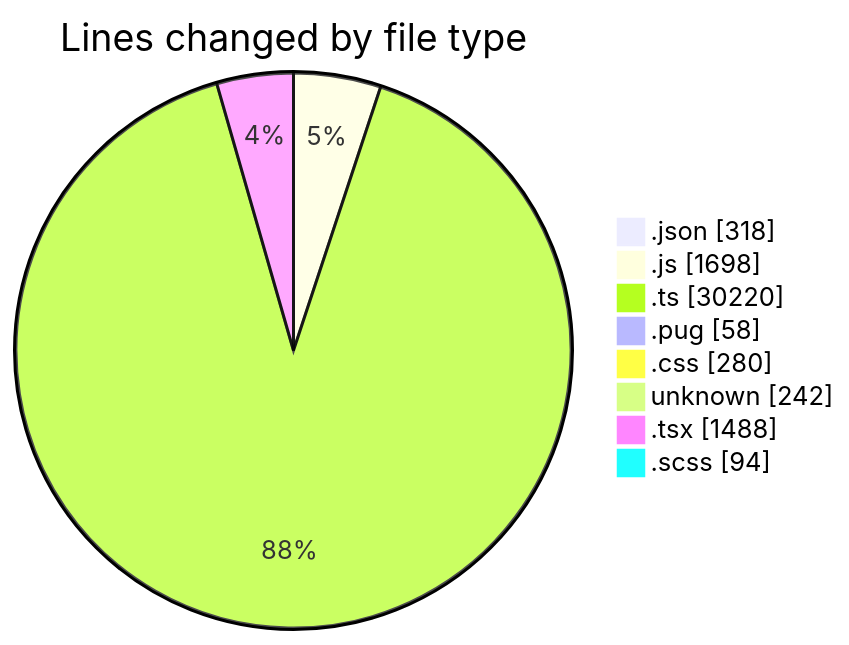
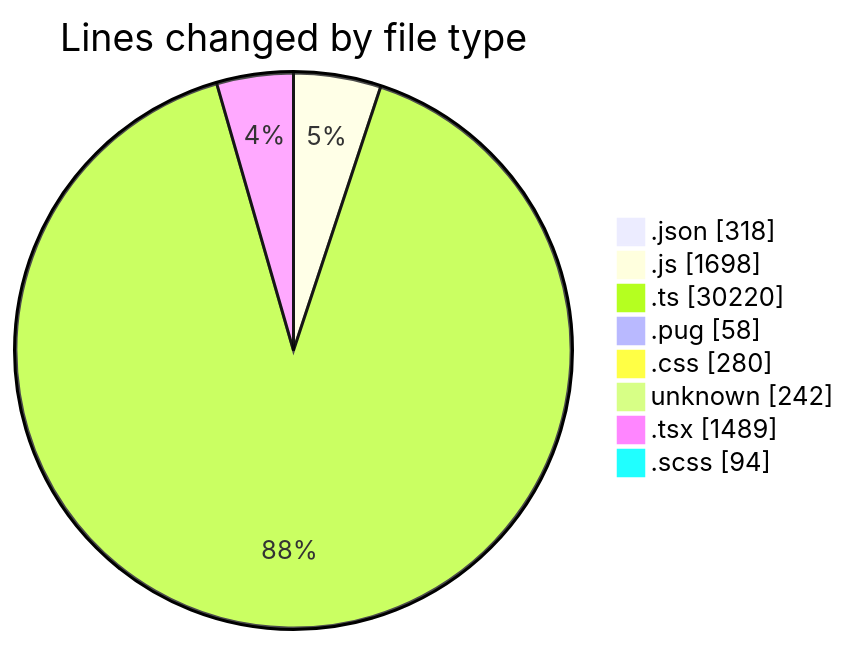
The first of 2 diagrams in 2026-06-02/cda/README.md (momahboobian/code-tracking), drawn with Mermaid before and after one commit. The commit also changed other lines of this file and 1 other file, not shown here.

````diff
--- a/2026-06-02/cda/README.md
+++ b/2026-06-02/cda/README.md
@@ -64,12 +64,12 @@
 ```mermaid
 pie showData
 title Lines changed by file type
 ".json" : 318
 ".js" : 1698
 ".ts" : 30220
 ".pug" : 58
 ".css" : 280
 "unknown" : 242
-".tsx" : 1488
+".tsx" : 1489
 ".scss" : 94
 ```
````
